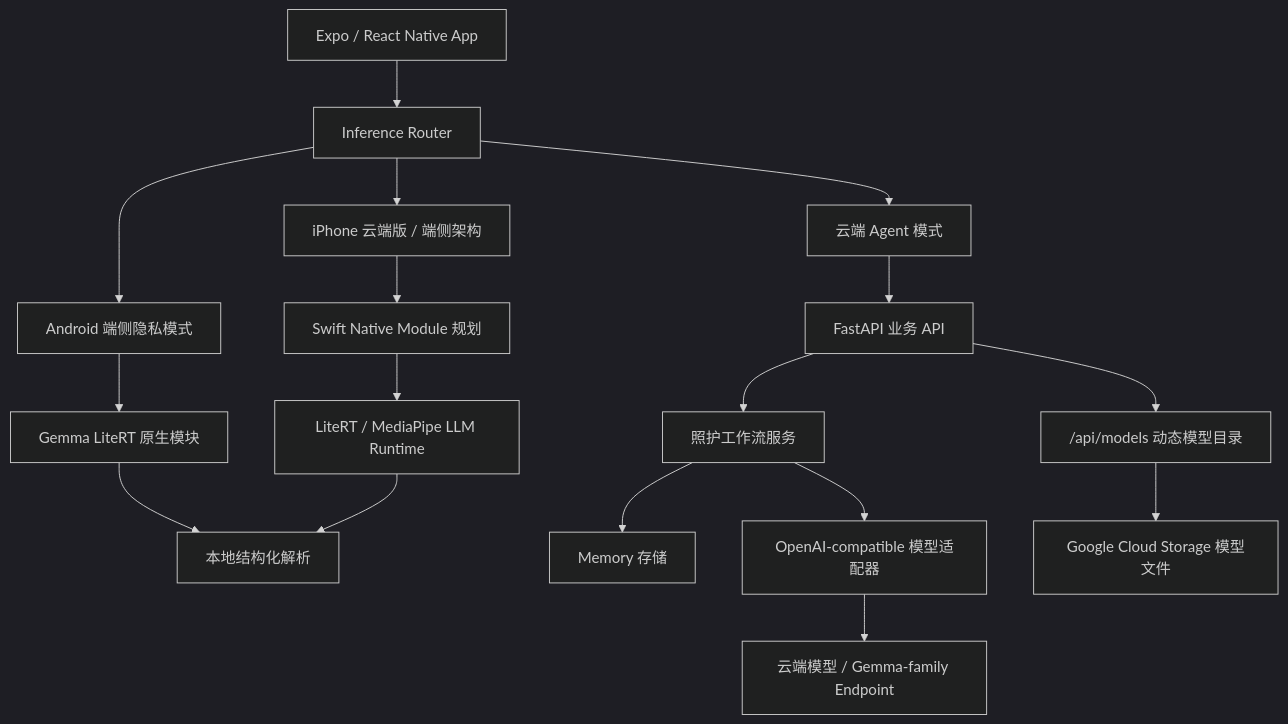
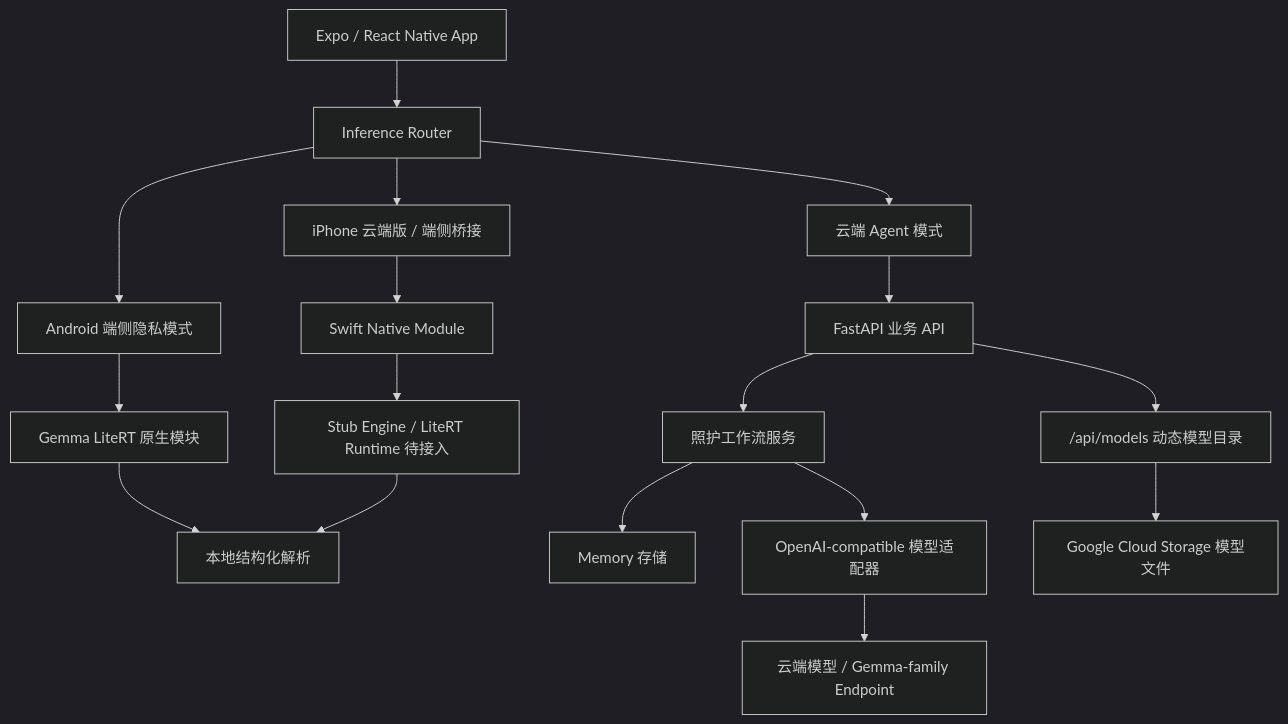
The diagram in submissions/2026/track_C/CareMind/README.md (whitesungun876/Gemma4-Hackathon-ShangHai), drawn with Mermaid (dark theme) before and after one commit. The commit also changed other lines of this file and 32 other files, not shown here.

````diff
--- a/submissions/2026/track_C/CareMind/README.md
+++ b/submissions/2026/track_C/CareMind/README.md
@@ -133,19 +133,19 @@
 ```mermaid
 flowchart TD
     A["Expo / React Native App"] --> B["Inference Router"]
     B --> C["Android 端侧隐私模式"]
     C --> D["Gemma LiteRT 原生模块"]
     D --> E["本地结构化解析"]
-    B --> N["iPhone 云端版 / 端侧架构"]
-    N --> O["Swift Native Module 规划"]
-    O --> P["LiteRT / MediaPipe LLM Runtime"]
+    B --> N["iPhone 云端版 / 端侧桥接"]
+    N --> O["Swift Native Module"]
+    O --> P["Stub Engine / LiteRT Runtime 待接入"]
     P --> E
     B --> F["云端 Agent 模式"]
     F --> G["FastAPI 业务 API"]
     G --> H["照护工作流服务"]
     H --> I["Memory 存储"]
     H --> J["OpenAI-compatible 模型适配器"]
     J --> K["云端模型 / Gemma-family Endpoint"]
     G --> L["/api/models 动态模型目录"]
     L --> M["Google Cloud Storage 模型文件"]
 ```
````
